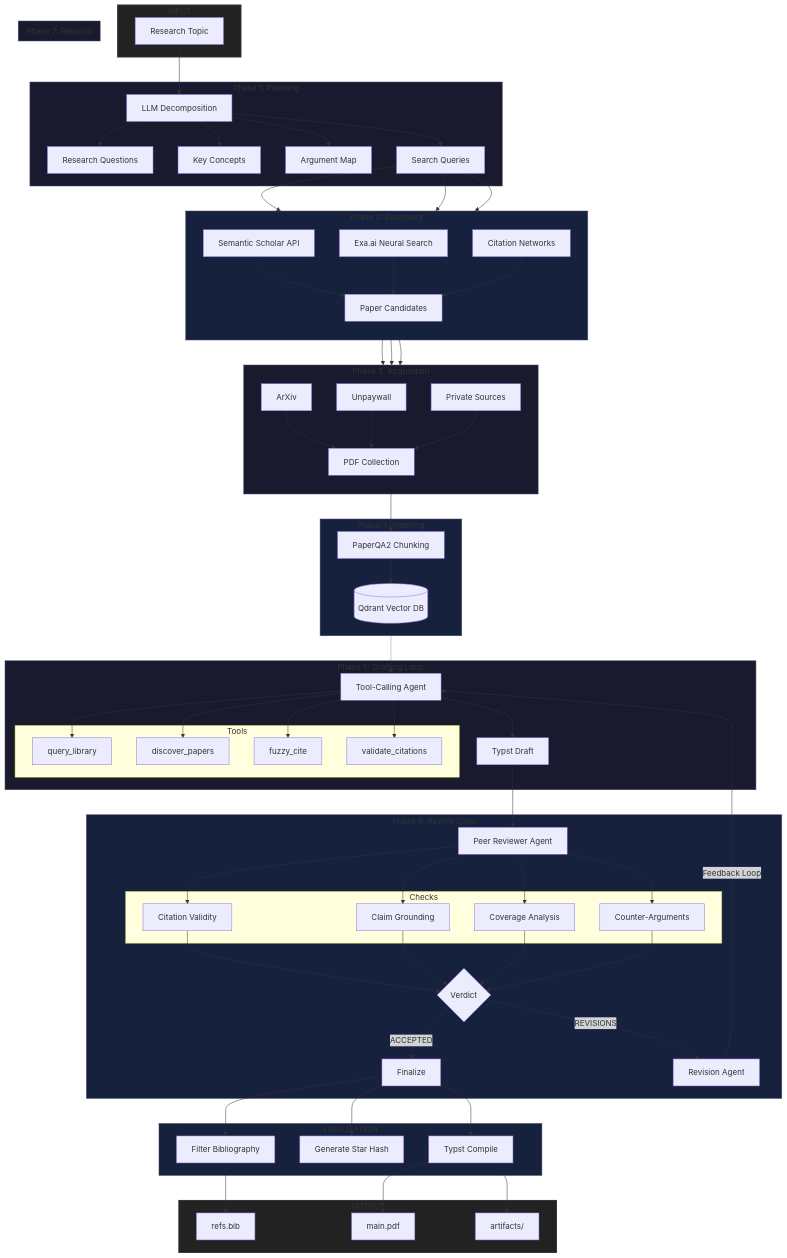
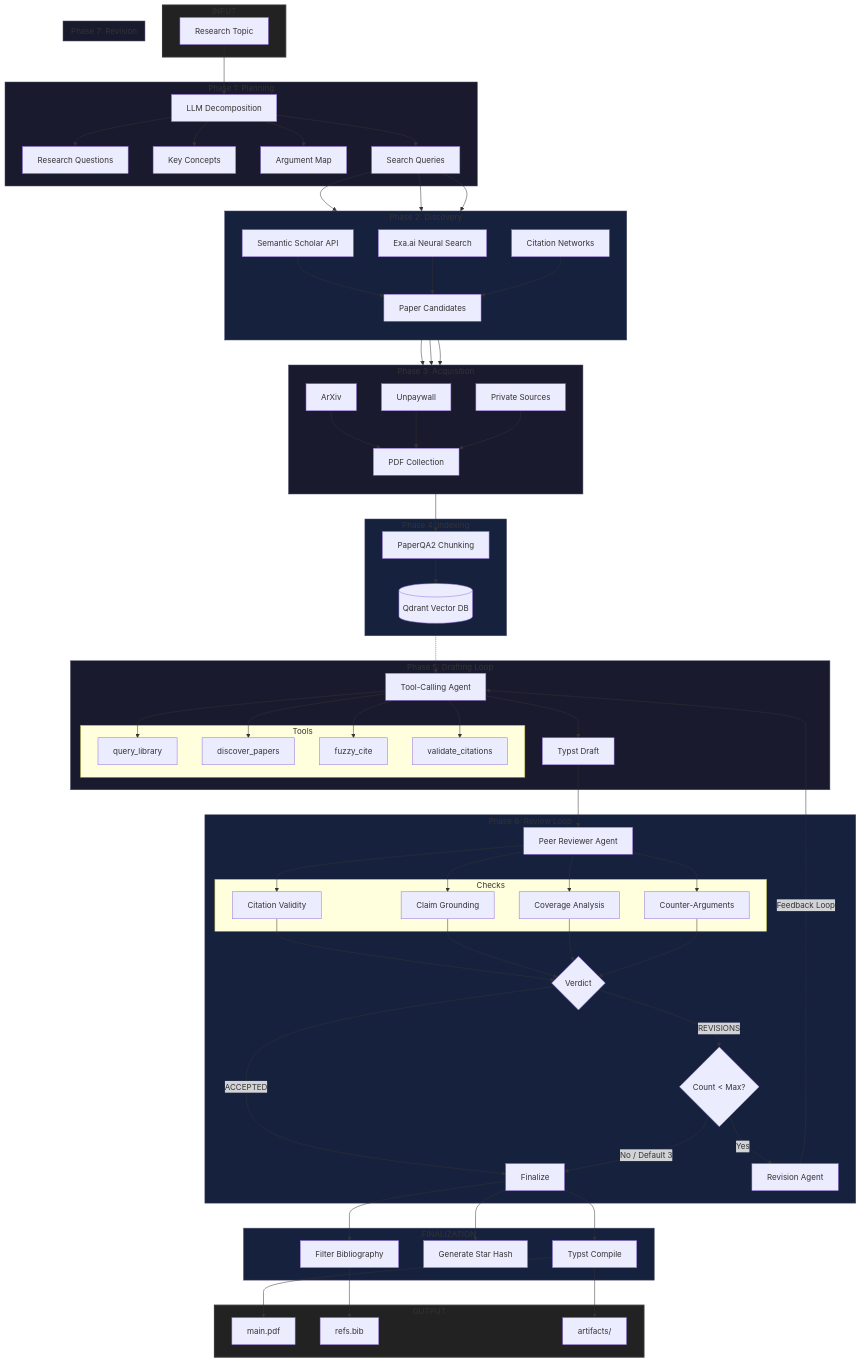
One commit to gbrlpzz/research-agent-cli changed the diagram in README.md. Above: the diagram before and after it, drawn with Mermaid.

Commit message:
docs: highlight max revisions limit in architecture diagram

```diff
--- a/README.md
+++ b/README.md
@@ -91,7 +91,9 @@
         C3 --> Verdict
         C4 --> Verdict
         Verdict -->|ACCEPTED| Final[Finalize]
-        Verdict -->|REVISIONS| Revise
+        Verdict -->|REVISIONS| Limit{Count < Max?}
+        Limit -->|Yes| Revise
+        Limit -->|No / Default 3| Final
     end
 
     subgraph REVISION["Phase 7: Revision"]
```
